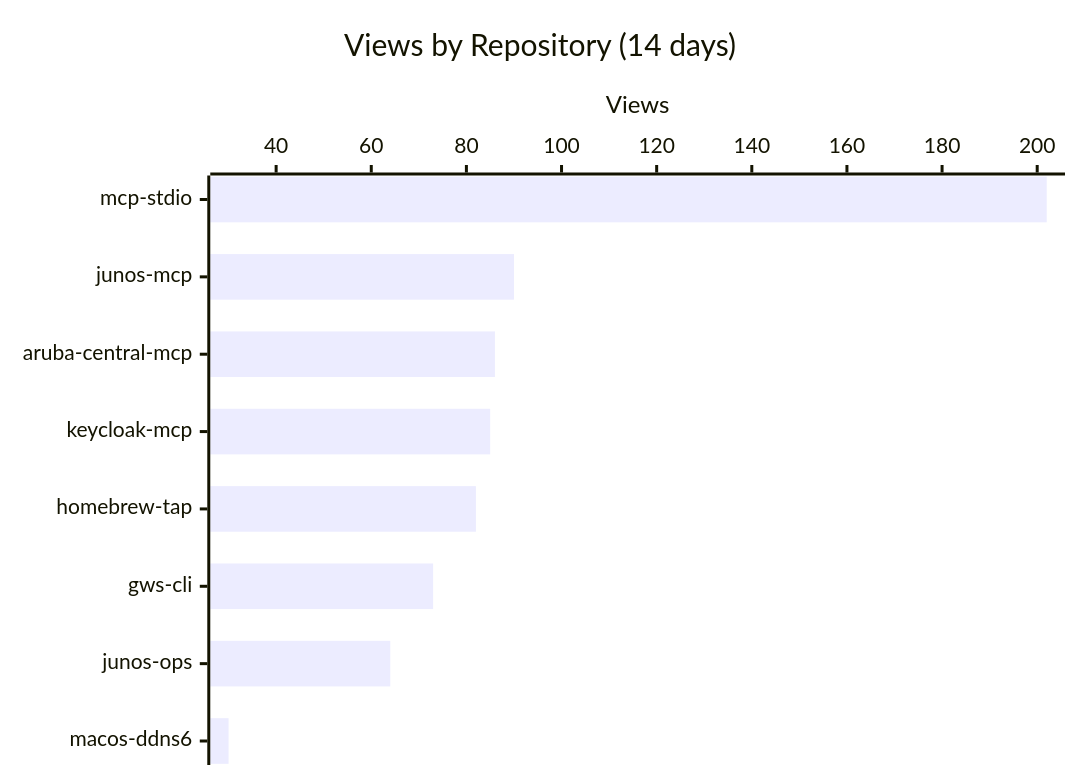
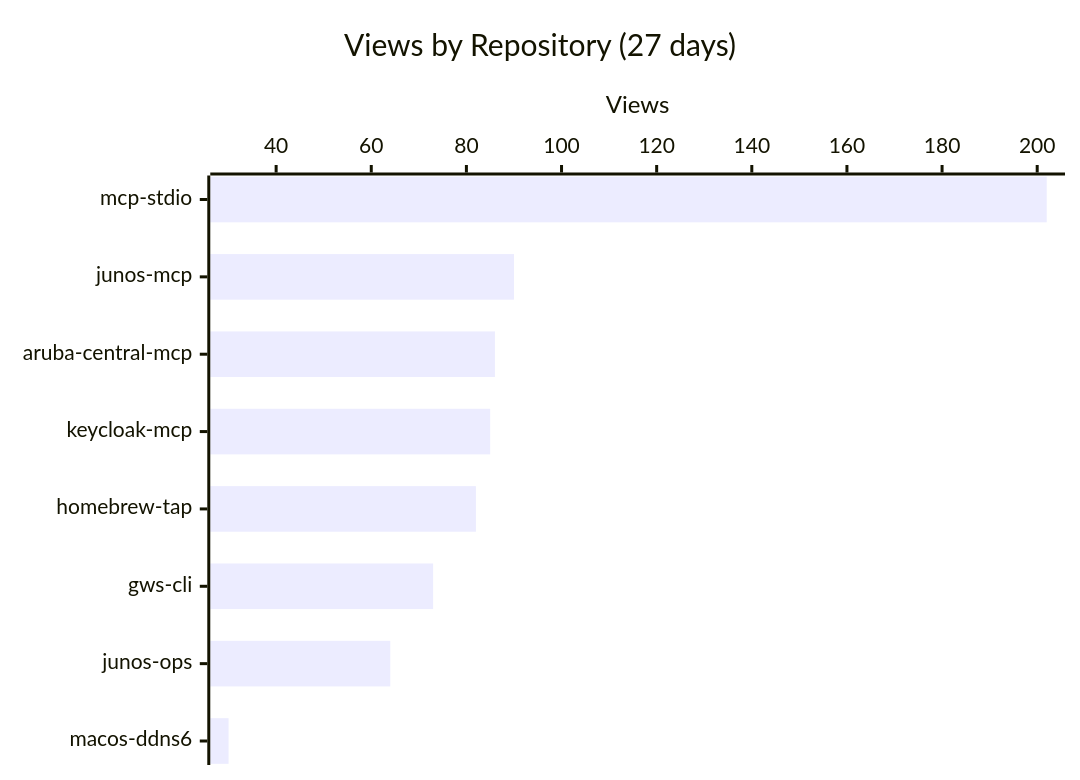
Before and after one commit to shigechika/github-insights: the first of 3 diagrams in README.md, drawn with Mermaid. The commit also changed other lines of this file and 1 other file, not shown here.

Commit message:
feat: show actual data range in chart titles
Replace hardcoded "(14 days)" with dynamically calculated
data range (e.g. "(27 days)") that grows as data accumulates.

````diff
--- a/README.md
+++ b/README.md
@@ -32,7 +32,7 @@
 ```mermaid
 xychart-beta horizontal
-    title "Views by Repository (14 days)"
+    title "Views by Repository (27 days)"
     x-axis ["mcp-stdio", "junos-mcp", "aruba-central-mcp", "keycloak-mcp", "homebrew-tap", "gws-cli", "junos-ops", "macos-ddns6"]
     y-axis "Views"
     bar [202, 90, 86, 85, 82, 73, 64, 30]
 ```
````
